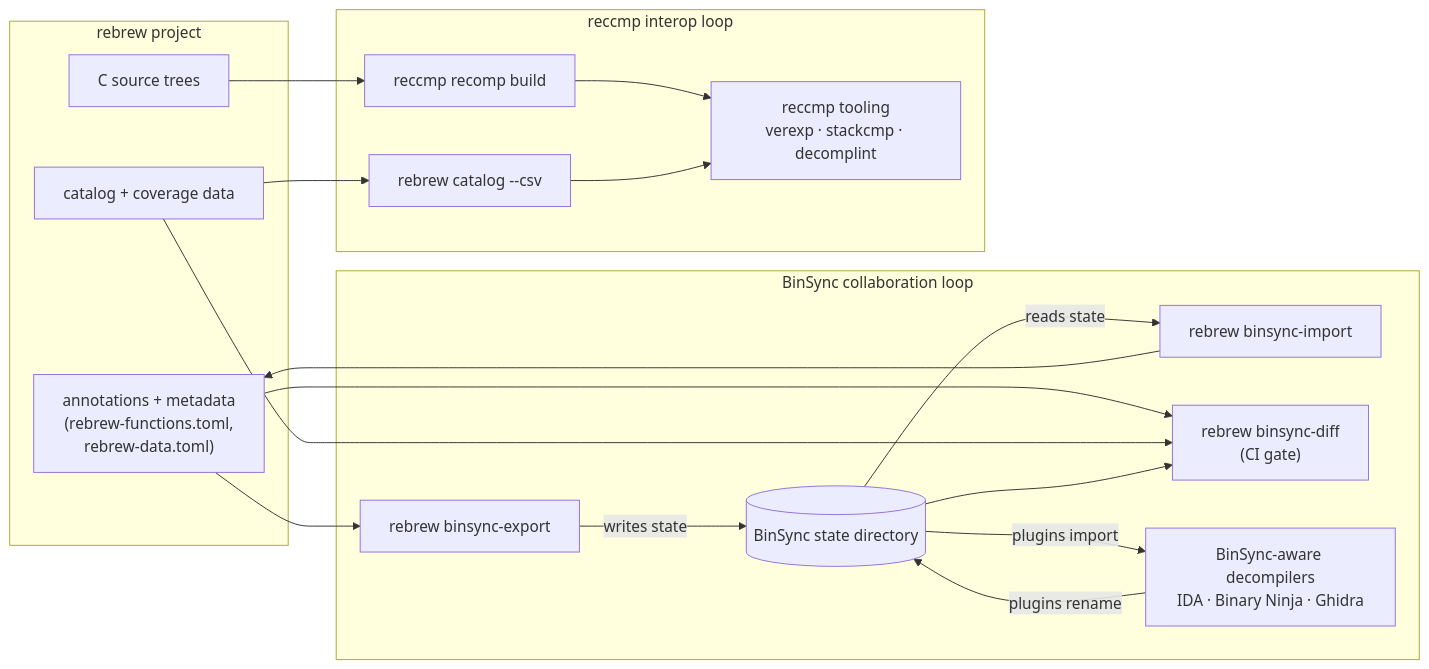
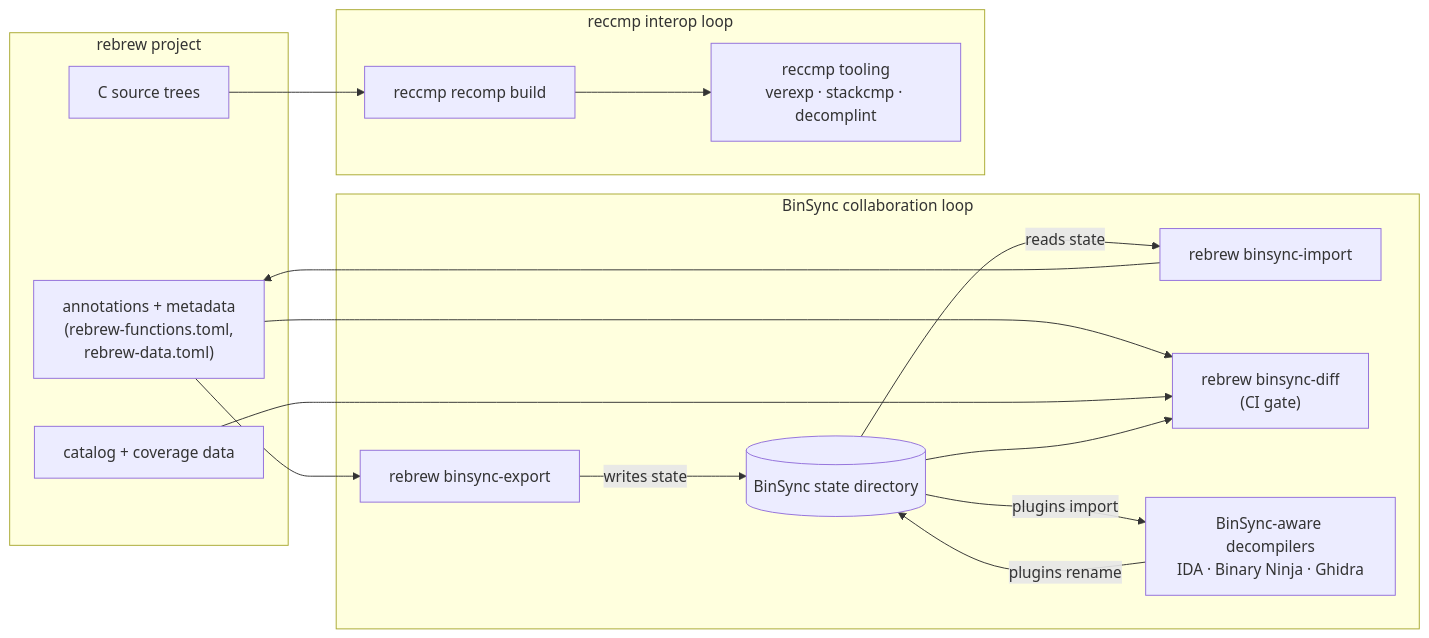
One commit to maci0/rebrew changed the second of 3 diagrams in docs/ECOSYSTEM.md. Above: the diagram before and after it, drawn with Mermaid. The commit also changed other lines of this file and 132 other files, not shown here.

````diff
--- a/docs/ECOSYSTEM.md
+++ b/docs/ECOSYSTEM.md
@@ -280,34 +279,32 @@
 ```mermaid
 flowchart LR
     subgraph RBS["rebrew project"]
         ANN["annotations + metadata<br/>(rebrew-functions.toml,<br/>rebrew-data.toml)"]
         SRC["C source trees"]
         CAT["catalog + coverage data"]
     end
 
     subgraph BS["BinSync collaboration loop"]
         EXP["rebrew binsync-export"]
         IMP["rebrew binsync-import"]
         DIFF["rebrew binsync-diff<br/>(CI gate)"]
         STATE[("BinSync state directory")]
         DEC["BinSync-aware decompilers<br/>IDA · Binary Ninja · Ghidra"]
     end
 
     subgraph RC["reccmp interop loop"]
-        CSV["rebrew catalog --csv"]
         CMPTOOL["reccmp tooling<br/>verexp · stackcmp · decomplint"]
         RECOMP["reccmp recomp build"]
     end
 
     ANN --> EXP
     EXP -->|"writes state"| STATE
     STATE -->|"plugins import"| DEC
     DEC -->|"plugins rename"| STATE
     STATE -->|"reads state"| IMP
     IMP --> ANN
     ANN --> DIFF
     CAT --> DIFF
     STATE --> DIFF
     SRC --> RECOMP --> CMPTOOL
-    CAT --> CSV --> CMPTOOL
 ```
````
